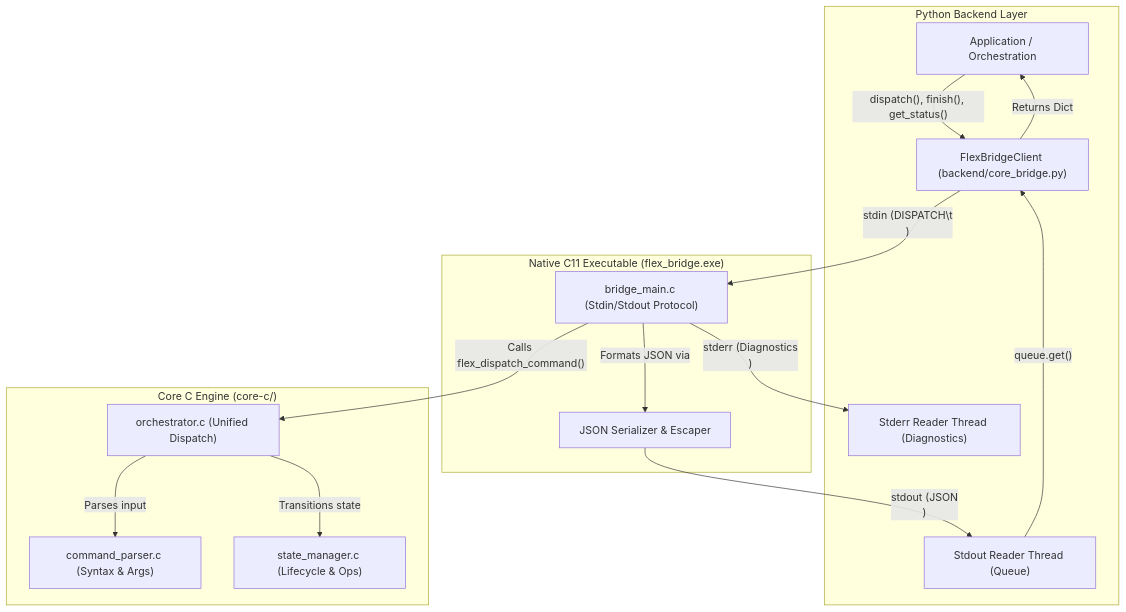
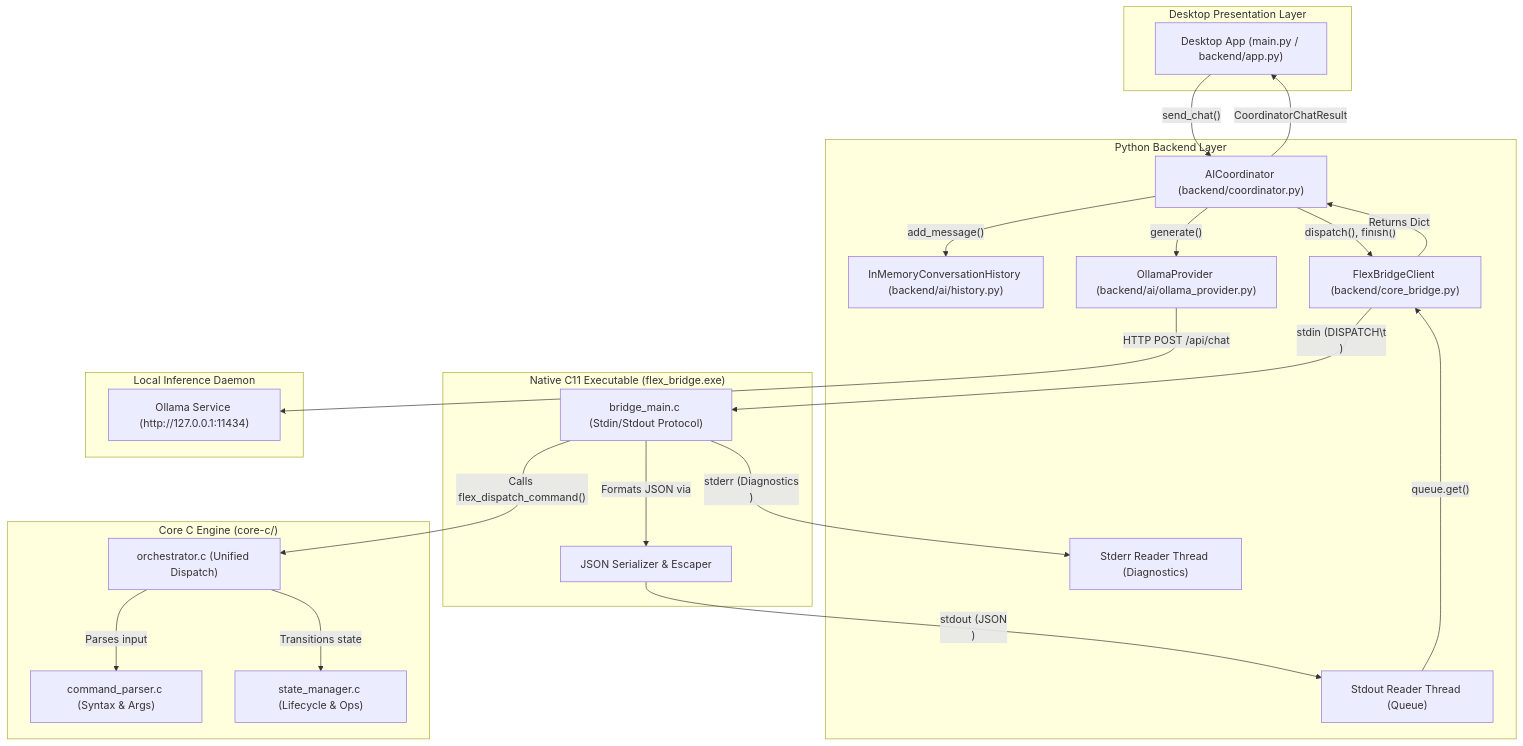
Before and after one commit to Sanidhyanegi07/FLEX-1.0: the first of 2 diagrams in docs/architecture.md, drawn with Mermaid. The commit also changed other lines of this file and 8 other files, not shown here.

Commit message:
feat: add unit tests, architecture documentation, and core coordinator implementation for FLEX 1.0 desktop app

````diff
--- a/docs/architecture.md
+++ b/docs/architecture.md
@@ -15,31 +15,46 @@
 ```mermaid
 graph TD
+    subgraph PresentationLayer ["Desktop Presentation Layer"]
+        DesktopApp["Desktop App (main.py / backend/app.py)"]
+    end
+
     subgraph PythonLayer ["Python Backend Layer"]
-        App["Application / Orchestration"]
+        Coord["AICoordinator (backend/coordinator.py)"]
+        History["InMemoryConversationHistory (backend/ai/history.py)"]
+        Ollama["OllamaProvider (backend/ai/ollama_provider.py)"]
         Client["FlexBridgeClient (backend/core_bridge.py)"]
         ReaderOut["Stdout Reader Thread (Queue)"]
         ReaderErr["Stderr Reader Thread (Diagnostics)"]
     end
 
     subgraph NativeBridge ["Native C11 Executable (flex_bridge.exe)"]
         BridgeMain["bridge_main.c (Stdin/Stdout Protocol)"]
         JSONEsc["JSON Serializer & Escaper"]
     end
 
     subgraph NativeCore ["Core C Engine (core-c/)"]
         Orchestrator["orchestrator.c (Unified Dispatch)"]
         Parser["command_parser.c (Syntax & Args)"]
         StateManager["state_manager.c (Lifecycle & Ops)"]
     end
 
-    App -->|"dispatch(), finish(), get_status()"| Client
+    subgraph LocalAI ["Local Inference Daemon"]
+        OllamaDaemon["Ollama Service (http://127.0.0.1:11434)"]
+    end
+
+    DesktopApp -->|"send_chat()"| Coord
+    Coord -->|"dispatch(), finish()"| Client
+    Coord -->|"generate()"| Ollama
+    Ollama -->|"HTTP POST /api/chat"| OllamaDaemon
+    Coord -->|"add_message()"| History
     Client -->|"stdin (DISPATCH\t<cmd>\n)"| BridgeMain
     BridgeMain -->|"Calls flex_dispatch_command()"| Orchestrator
     Orchestrator -->|"Parses input"| Parser
     Orchestrator -->|"Transitions state"| StateManager
     BridgeMain -->|"Formats JSON via"| JSONEsc
     JSONEsc -->|"stdout (JSON\n)"| ReaderOut
     BridgeMain -->|"stderr (Diagnostics\n)"| ReaderErr
     ReaderOut -->|"queue.get()"| Client
-    Client -->|"Returns Dict"| App
+    Client -->|"Returns Dict"| Coord
+    Coord -->|"CoordinatorChatResult"| DesktopApp
 ```
````
